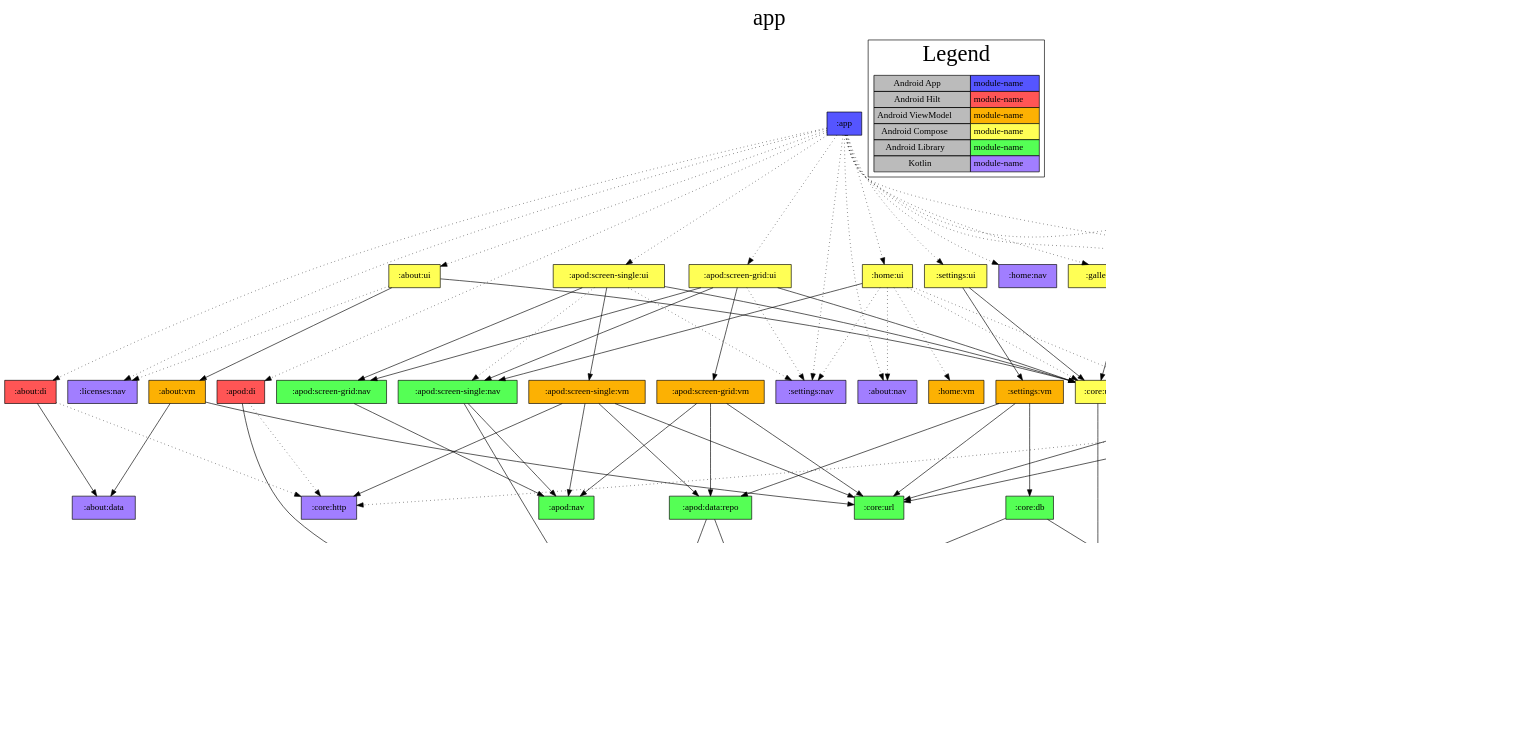
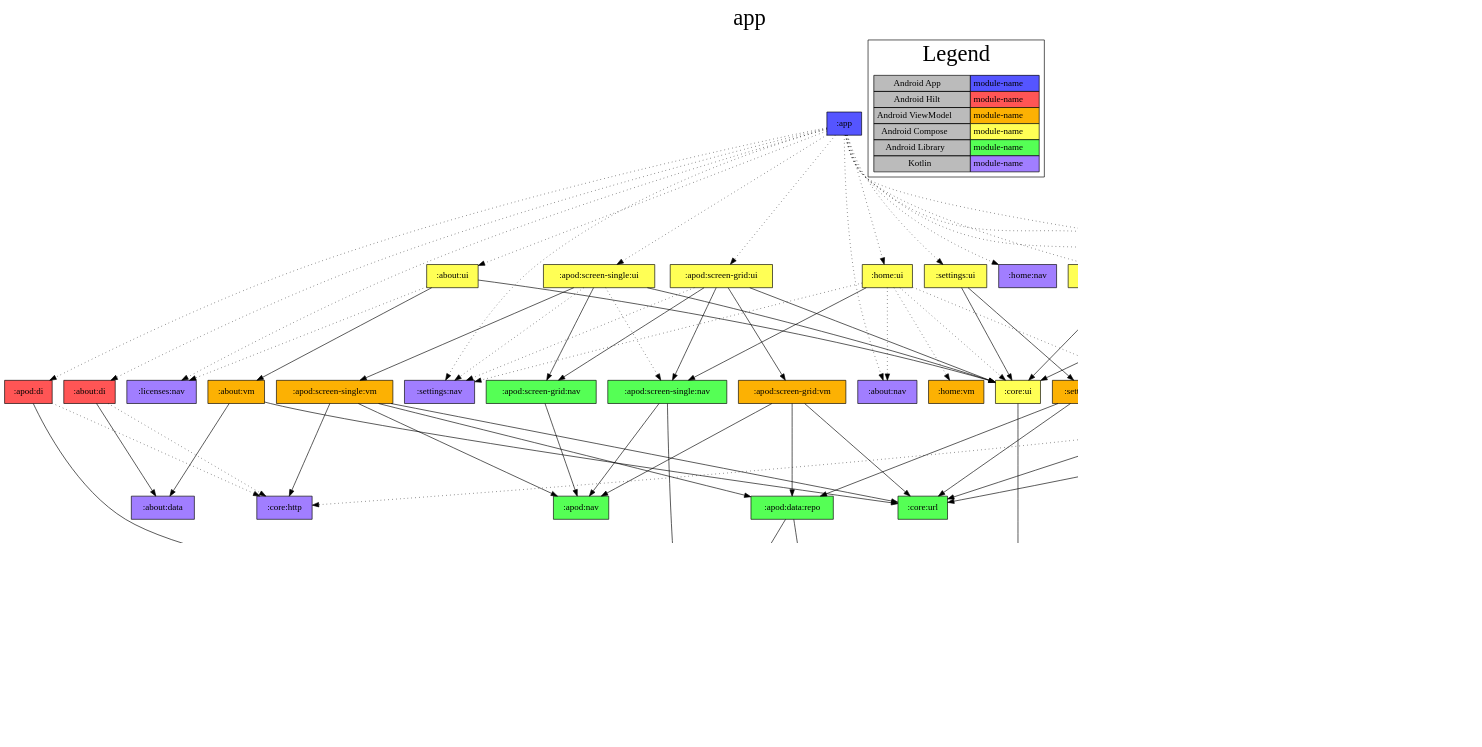
One commit to jonapoul/nasa-android changed the diagram in app/project-dependency-graph.dot. Above: the diagram before and after it, drawn with Graphviz. The commit also changed 45 other files, not shown here.

```diff
--- a/app/project-dependency-graph.dot
+++ b/app/project-dependency-graph.dot
@@ -1,145 +1,140 @@
 digraph {
 edge ["dir"="forward"]
 graph ["dpi"="100","label"="app","labelloc"="t","fontsize"="35","ranksep"="2.0"]
 node ["style"="filled","shape"="box"]
 ":app" ["shape"="rectangle","fillcolor"="#5555FF"]
 ":about:di" ["fillcolor"="#FF5555"]
 ":about:data" ["fillcolor"="#A17EFF"]
 ":core:http" ["fillcolor"="#A17EFF"]
 ":about:nav" ["fillcolor"="#A17EFF"]
 ":about:ui" ["fillcolor"="#FFFF55"]
 ":about:vm" ["fillcolor"="#FCB103"]
 ":core:url" ["fillcolor"="#55FF55"]
 ":core:ui" ["fillcolor"="#FFFF55"]
 ":core:model" ["fillcolor"="#A17EFF"]
 ":licenses:nav" ["fillcolor"="#A17EFF"]
 ":apod:di" ["fillcolor"="#FF5555"]
 ":apod:data:api" ["fillcolor"="#A17EFF"]
 ":apod:model" ["fillcolor"="#A17EFF"]
 ":apod:screen-grid:ui" ["fillcolor"="#FFFF55"]
 ":apod:screen-grid:nav" ["fillcolor"="#55FF55"]
 ":apod:nav" ["fillcolor"="#55FF55"]
 ":apod:screen-grid:vm" ["fillcolor"="#FCB103"]
 ":apod:data:repo" ["fillcolor"="#55FF55"]
-":apod:data:db" ["fillcolor"="#55FF55"]
+":apod:data:db" ["fillcolor"="#A17EFF"]
 ":apod:screen-single:nav" ["fillcolor"="#55FF55"]
 ":settings:nav" ["fillcolor"="#A17EFF"]
 ":apod:screen-single:ui" ["fillcolor"="#FFFF55"]
 ":apod:screen-single:vm" ["fillcolor"="#FCB103"]
 ":gallery:di" ["fillcolor"="#FF5555"]
 ":gallery:data:api" ["fillcolor"="#A17EFF"]
 ":gallery:model" ["fillcolor"="#A17EFF"]
 ":gallery:screen-search:ui" ["fillcolor"="#FFFF55"]
 ":gallery:nav" ["fillcolor"="#A17EFF"]
 ":gallery:screen-search:vm" ["fillcolor"="#FCB103"]
 ":gallery:data:repo" ["fillcolor"="#55FF55"]
-":gallery:data:db" ["fillcolor"="#55FF55"]
+":gallery:data:db" ["fillcolor"="#A17EFF"]
 ":home:nav" ["fillcolor"="#A17EFF"]
 ":home:ui" ["fillcolor"="#FFFF55"]
 ":home:vm" ["fillcolor"="#FCB103"]
 ":licenses:di" ["fillcolor"="#FF5555"]
 ":licenses:data" ["fillcolor"="#A17EFF"]
 ":licenses:ui" ["fillcolor"="#FFFF55"]
 ":licenses:vm" ["fillcolor"="#FCB103"]
 ":settings:ui" ["fillcolor"="#FFFF55"]
 ":settings:vm" ["fillcolor"="#FCB103"]
-":core:db" ["fillcolor"="#55FF55"]
 {
 edge ["dir"="none"]
 graph ["rank"="same"]
 ":app"
 }
 subgraph "cluster_legend" {
 edge ["dir"="none"]
 graph ["label"="Legend"]
 "Legend" ["style"="filled","fillcolor"="#bbbbbb","shape"="none","margin"="0","label"=<
 <TABLE BORDER="0" CELLBORDER="1" CELLSPACING="0" CELLPADDING="4">
 <TR><TD>Android App</TD><TD BGCOLOR="#5555FF">module-name</TD></TR>
 <TR><TD>Android Hilt</TD><TD BGCOLOR="#FF5555">module-name</TD></TR>
 <TR><TD>Android ViewModel</TD><TD BGCOLOR="#FCB103">module-name</TD></TR>
 <TR><TD>Android Compose</TD><TD BGCOLOR="#FFFF55">module-name</TD></TR>
 <TR><TD>Android Library</TD><TD BGCOLOR="#55FF55">module-name</TD></TR>
 <TR><TD>Kotlin</TD><TD BGCOLOR="#A17EFF">module-name</TD></TR>
 </TABLE>
 >]
 }
 ":app" -> ":about:di" ["style"="dotted"]
 ":app" -> ":about:nav" ["style"="dotted"]
 ":app" -> ":about:ui" ["style"="dotted"]
 ":app" -> ":apod:di" ["style"="dotted"]
 ":app" -> ":apod:screen-grid:ui" ["style"="dotted"]
 ":app" -> ":apod:screen-single:ui" ["style"="dotted"]
 ":app" -> ":gallery:di" ["style"="dotted"]
 ":app" -> ":gallery:screen-search:ui" ["style"="dotted"]
 ":app" -> ":home:nav" ["style"="dotted"]
 ":app" -> ":home:ui" ["style"="dotted"]
 ":app" -> ":licenses:di" ["style"="dotted"]
 ":app" -> ":licenses:nav" ["style"="dotted"]
 ":app" -> ":licenses:ui" ["style"="dotted"]
 ":app" -> ":settings:nav" ["style"="dotted"]
 ":app" -> ":settings:ui" ["style"="dotted"]
 ":about:di" -> ":about:data"
 ":about:di" -> ":core:http" ["style"="dotted"]
 ":about:ui" -> ":about:vm"
 ":about:ui" -> ":core:ui"
 ":about:ui" -> ":licenses:nav" ["style"="dotted"]
 ":about:vm" -> ":about:data"
 ":about:vm" -> ":core:url"
 ":core:ui" -> ":core:model"
 ":apod:di" -> ":apod:data:api"
 ":apod:di" -> ":core:http" ["style"="dotted"]
 ":apod:data:api" -> ":apod:model"
 ":apod:data:api" -> ":core:model"
 ":apod:screen-grid:ui" -> ":apod:screen-grid:nav"
 ":apod:screen-grid:ui" -> ":apod:screen-grid:vm"
 ":apod:screen-grid:ui" -> ":apod:screen-single:nav"
 ":apod:screen-grid:ui" -> ":core:ui"
 ":apod:screen-grid:ui" -> ":settings:nav" ["style"="dotted"]
 ":apod:screen-grid:nav" -> ":apod:nav"
 ":apod:screen-grid:vm" -> ":apod:data:repo"
 ":apod:screen-grid:vm" -> ":apod:nav"
 ":apod:screen-grid:vm" -> ":core:url"
 ":apod:data:repo" -> ":apod:data:api"
 ":apod:data:repo" -> ":apod:data:db"
-":apod:data:db" -> ":apod:model"
 ":apod:screen-single:nav" -> ":apod:model"
 ":apod:screen-single:nav" -> ":apod:nav"
 ":apod:screen-single:ui" -> ":apod:screen-grid:nav"
 ":apod:screen-single:ui" -> ":apod:screen-single:vm"
 ":apod:screen-single:ui" -> ":core:ui"
 ":apod:screen-single:ui" -> ":apod:screen-single:nav" ["style"="dotted"]
 ":apod:screen-single:ui" -> ":settings:nav" ["style"="dotted"]
 ":apod:screen-single:vm" -> ":apod:data:repo"
 ":apod:screen-single:vm" -> ":apod:nav"
 ":apod:screen-single:vm" -> ":core:http"
 ":apod:screen-single:vm" -> ":core:url"
 ":gallery:di" -> ":gallery:data:api"
 ":gallery:di" -> ":core:http" ["style"="dotted"]
 ":gallery:di" -> ":core:model" ["style"="dotted"]
 ":gallery:data:api" -> ":gallery:model"
 ":gallery:screen-search:ui" -> ":gallery:nav"
 ":gallery:screen-search:ui" -> ":gallery:screen-search:vm"
 ":gallery:screen-search:ui" -> ":core:ui"
 ":gallery:screen-search:vm" -> ":gallery:data:repo"
 ":gallery:screen-search:vm" -> ":core:url"
 ":gallery:data:repo" -> ":gallery:data:api"
 ":gallery:data:repo" -> ":gallery:data:db"
 ":home:ui" -> ":apod:screen-single:nav"
 ":home:ui" -> ":about:nav" ["style"="dotted"]
 ":home:ui" -> ":core:ui" ["style"="dotted"]
 ":home:ui" -> ":gallery:nav" ["style"="dotted"]
 ":home:ui" -> ":home:vm" ["style"="dotted"]
 ":home:ui" -> ":settings:nav" ["style"="dotted"]
 ":licenses:di" -> ":licenses:data"
 ":licenses:ui" -> ":core:ui"
 ":licenses:ui" -> ":licenses:vm"
 ":licenses:vm" -> ":core:url"
 ":licenses:vm" -> ":licenses:data"
 ":settings:ui" -> ":core:ui"
 ":settings:ui" -> ":settings:vm"
-":settings:vm" -> ":core:db"
 ":settings:vm" -> ":core:url"
 ":settings:vm" -> ":apod:data:repo"
-":core:db" -> ":apod:data:db"
-":core:db" -> ":gallery:data:db"
 }
```
